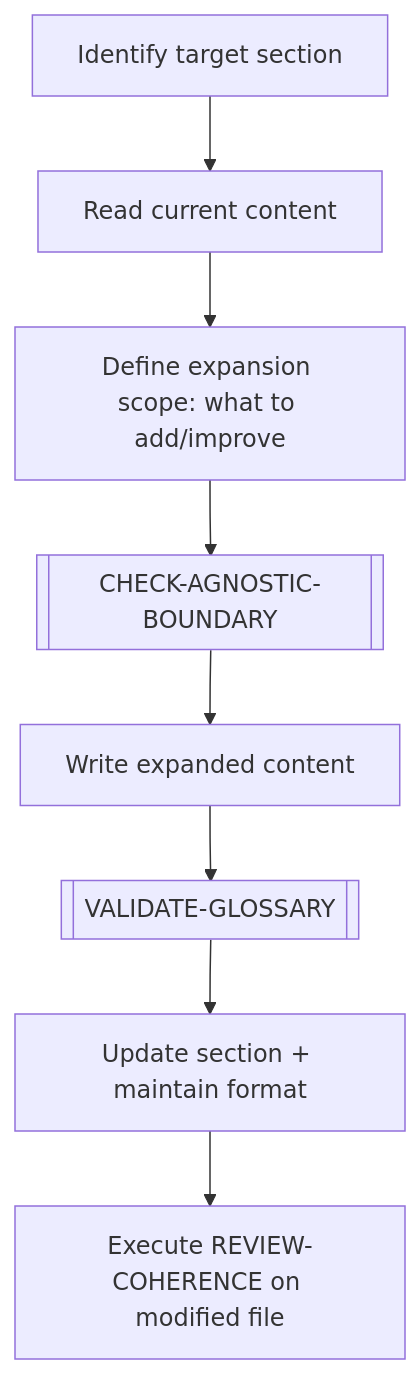
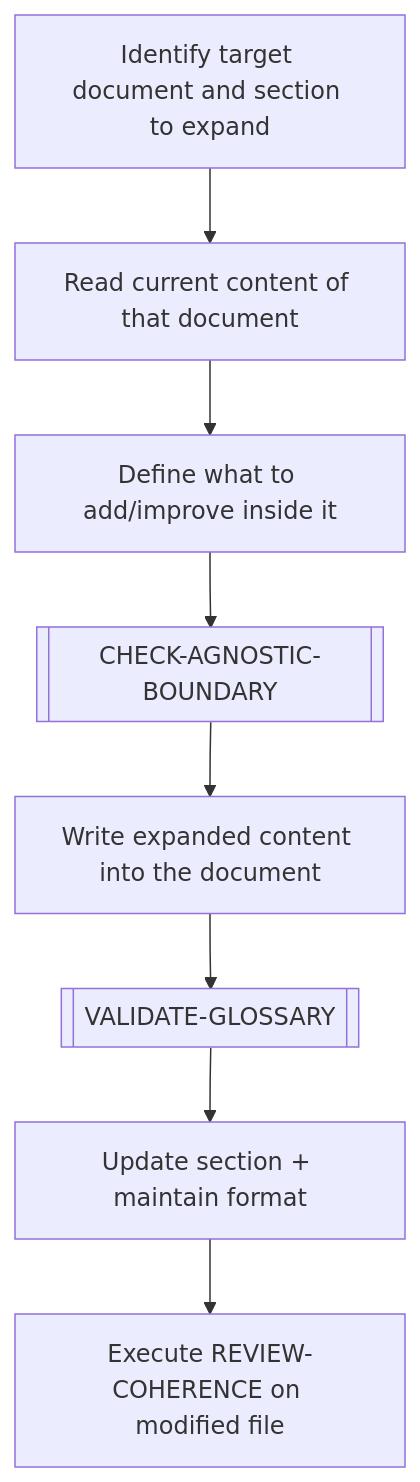
One commit to cmartinezs/ddd-hexagonal-ai-template changed the diagram in planning/WORKFLOWS/02-EXECUTION-WORKFLOWS/EXPAND-ELEMENT.md. Above: the diagram before and after it, drawn with Mermaid. The commit also changed other lines of this file and 33 other files, not shown here.

````diff
--- a/planning/WORKFLOWS/02-EXECUTION-WORKFLOWS/EXPAND-ELEMENT.md
+++ b/planning/WORKFLOWS/02-EXECUTION-WORKFLOWS/EXPAND-ELEMENT.md
@@ -9,10 +31,10 @@
 ```mermaid
 flowchart TD
-    A[Identify target section] --> B[Read current content]
-    B --> C[Define expansion scope: what to add/improve]
+    A[Identify target document and section to expand] --> B[Read current content of that document]
+    B --> C[Define what to add/improve inside it]
     C --> D[[CHECK-AGNOSTIC-BOUNDARY]]
-    D --> E[Write expanded content]
+    D --> E[Write expanded content into the document]
     E --> F[[VALIDATE-GLOSSARY]]
     F --> G[Update section + maintain format]
     G --> H[Execute REVIEW-COHERENCE on modified file]
 ```
````
